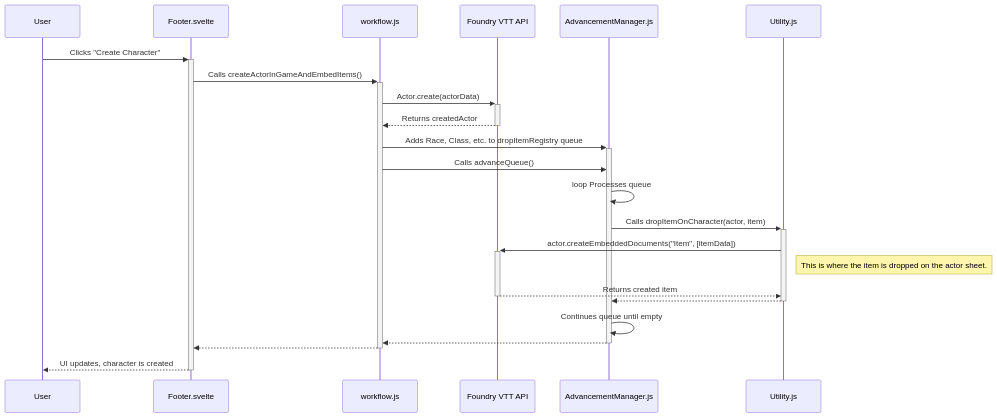
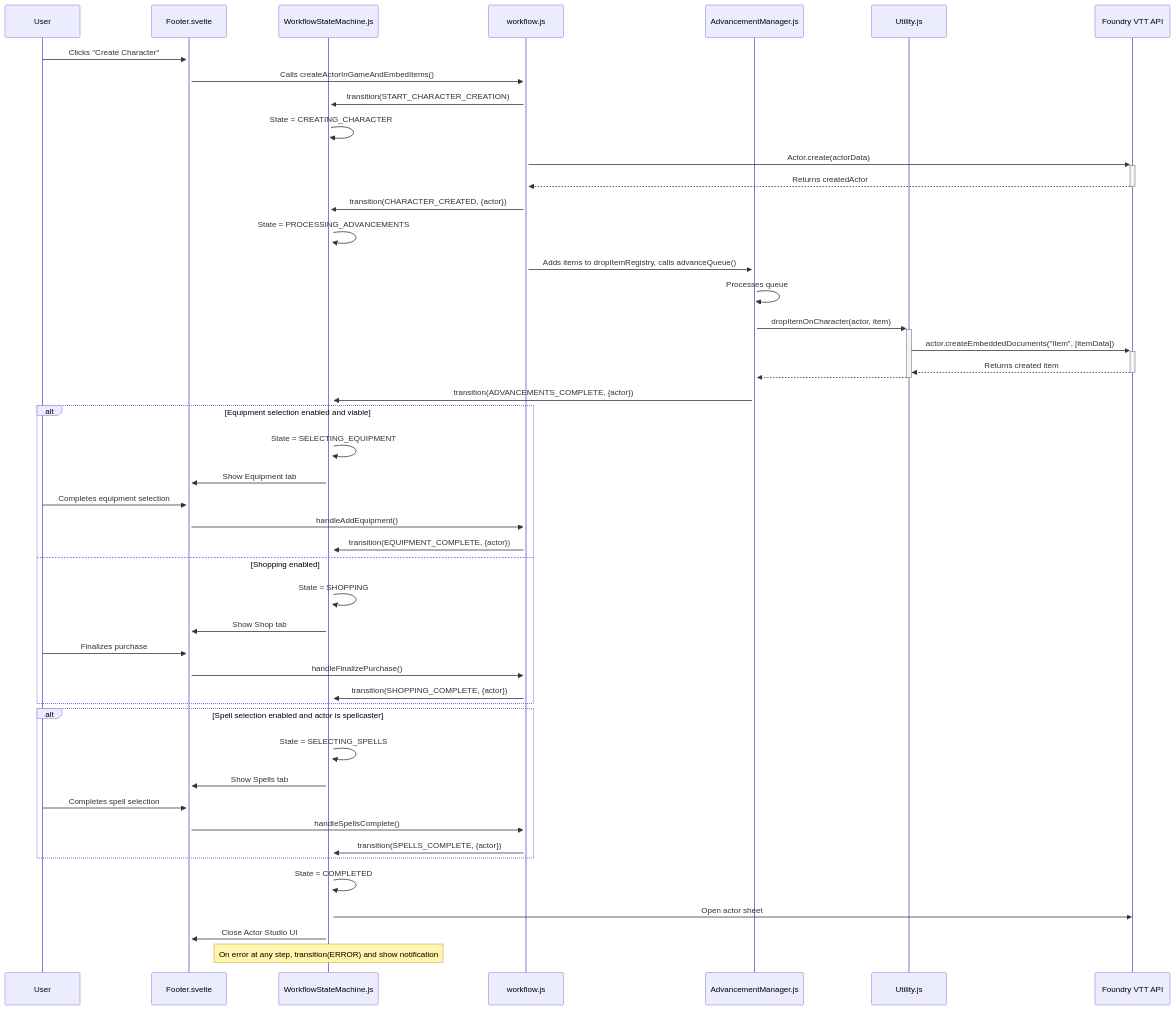
One commit to geoidesic/foundryvtt-actor-studio changed the diagram in docs/sequence_diagrams/character_creation.md. Above: the diagram before and after it, drawn with Mermaid. The commit also changed 11 other files, not shown here.

Commit message:
refactor: rewrote the workflow system as a state machine, which should make reasoning about the workflow easier - it had gotten to the point where it was getting hard to reason about

````diff
--- a/docs/sequence_diagrams/character_creation.md
+++ b/docs/sequence_diagrams/character_creation.md
@@ -1,26 +1,54 @@
 ```mermaid
 sequenceDiagram
     participant User
     participant Footer.svelte
+    participant WorkflowStateMachine.js
     participant workflow.js
-    participant Foundry VTT API
     participant AdvancementManager.js
     participant Utility.js
+    participant Foundry VTT API
 
     User->>+Footer.svelte: Clicks "Create Character"
     Footer.svelte->>+workflow.js: Calls createActorInGameAndEmbedItems()
+    workflow.js->>+WorkflowStateMachine.js: transition(START_CHARACTER_CREATION)
+    WorkflowStateMachine.js->>WorkflowStateMachine.js: State = CREATING_CHARACTER
     workflow.js->>+Foundry VTT API: Actor.create(actorData)
     Foundry VTT API-->>-workflow.js: Returns createdActor
-    workflow.js->>+AdvancementManager.js: Adds Race, Class, etc. to dropItemRegistry queue
-    workflow.js->>AdvancementManager.js: Calls advanceQueue()
-    AdvancementManager.js->>AdvancementManager.js: loop Processes queue
-    AdvancementManager.js->>+Utility.js: Calls dropItemOnCharacter(actor, item)
+    workflow.js->>+WorkflowStateMachine.js: transition(CHARACTER_CREATED, {actor})
+    WorkflowStateMachine.js->>WorkflowStateMachine.js: State = PROCESSING_ADVANCEMENTS
+    workflow.js->>+AdvancementManager.js: Adds items to dropItemRegistry, calls advanceQueue()
+    AdvancementManager.js->>AdvancementManager.js: Processes queue
+    AdvancementManager.js->>+Utility.js: dropItemOnCharacter(actor, item)
     Utility.js->>+Foundry VTT API: actor.createEmbeddedDocuments("Item", [itemData])
-    Note right of Utility.js: This is where the item is dropped on the actor sheet.
     Foundry VTT API-->>-Utility.js: Returns created item
     Utility.js-->>-AdvancementManager.js: 
-    AdvancementManager.js->>AdvancementManager.js: Continues queue until empty
-    AdvancementManager.js-->>-workflow.js: 
-    workflow.js-->>-Footer.svelte: 
-    Footer.svelte-->>-User: UI updates, character is created
+    AdvancementManager.js->>WorkflowStateMachine.js: transition(ADVANCEMENTS_COMPLETE, {actor})
+
+    alt Equipment selection enabled and viable
+        WorkflowStateMachine.js->>WorkflowStateMachine.js: State = SELECTING_EQUIPMENT
+        WorkflowStateMachine.js->>Footer.svelte: Show Equipment tab
+        User->>Footer.svelte: Completes equipment selection
+        Footer.svelte->>workflow.js: handleAddEquipment()
+        workflow.js->>WorkflowStateMachine.js: transition(EQUIPMENT_COMPLETE, {actor})
+    else Shopping enabled
+        WorkflowStateMachine.js->>WorkflowStateMachine.js: State = SHOPPING
+        WorkflowStateMachine.js->>Footer.svelte: Show Shop tab
+        User->>Footer.svelte: Finalizes purchase
+        Footer.svelte->>workflow.js: handleFinalizePurchase()
+        workflow.js->>WorkflowStateMachine.js: transition(SHOPPING_COMPLETE, {actor})
+    end
+
+    alt Spell selection enabled and actor is spellcaster
+        WorkflowStateMachine.js->>WorkflowStateMachine.js: State = SELECTING_SPELLS
+        WorkflowStateMachine.js->>Footer.svelte: Show Spells tab
+        User->>Footer.svelte: Completes spell selection
+        Footer.svelte->>workflow.js: handleSpellsComplete()
+        workflow.js->>WorkflowStateMachine.js: transition(SPELLS_COMPLETE, {actor})
+    end
+
+    WorkflowStateMachine.js->>WorkflowStateMachine.js: State = COMPLETED
+    WorkflowStateMachine.js->>Foundry VTT API: Open actor sheet
+    WorkflowStateMachine.js->>Footer.svelte: Close Actor Studio UI
+
+    Note over WorkflowStateMachine.js: On error at any step, transition(ERROR) and show notification
 ```
````
